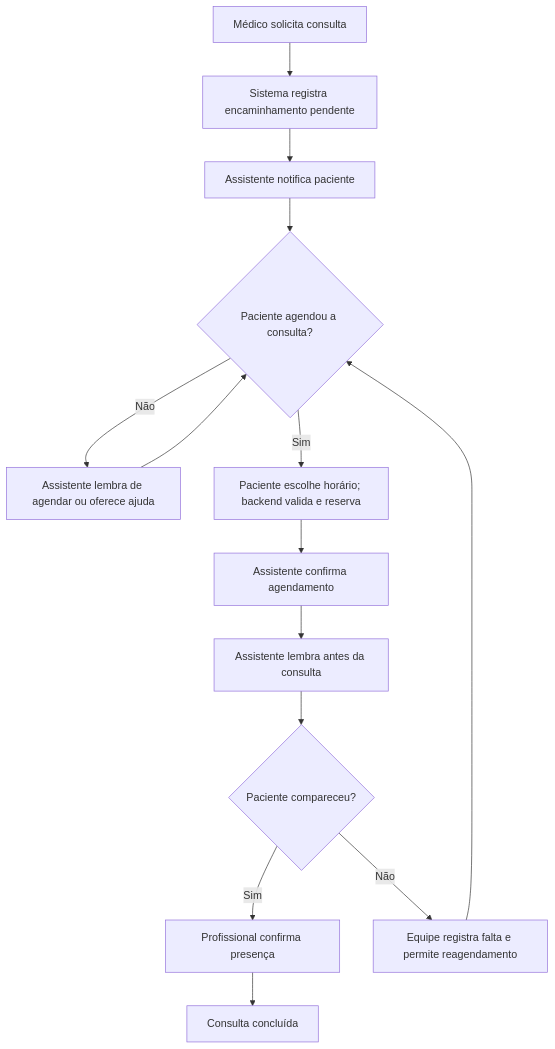
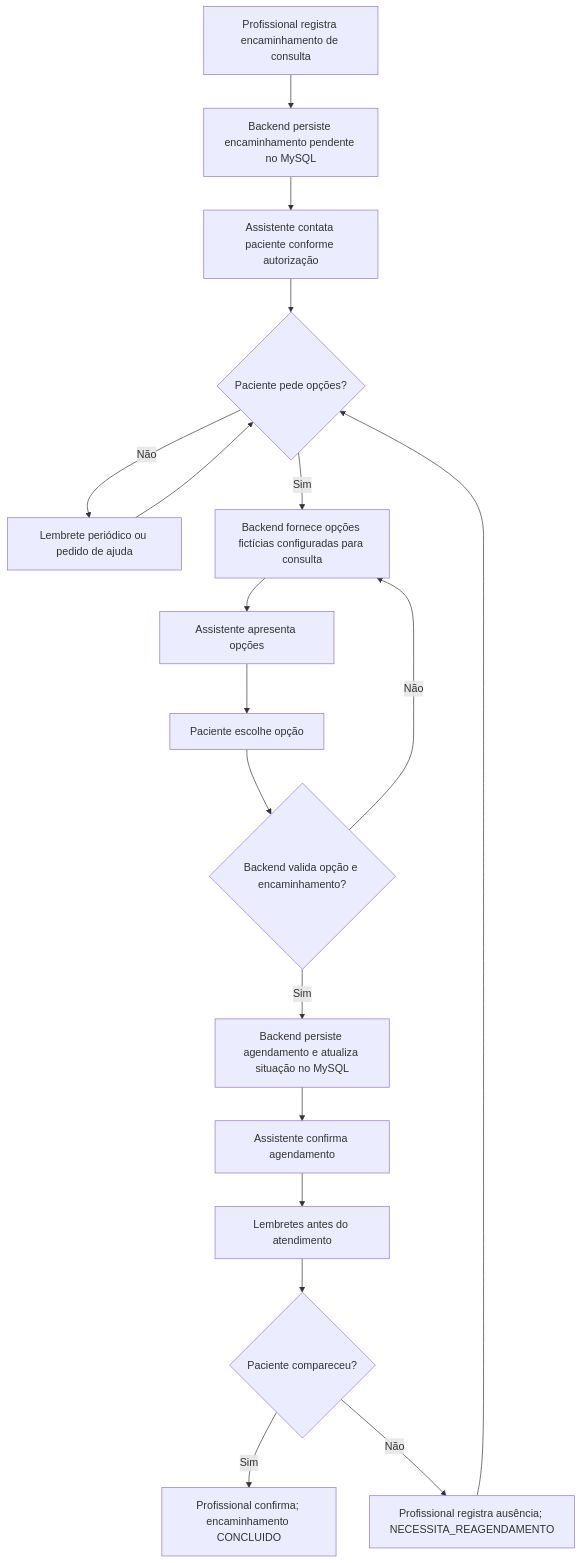
The first of 5 diagrams in docs/FLOW.md (SophiaAg/Zelo), drawn with Mermaid before and after one commit. The commit also changed other lines of this file and 6 other files, not shown here.

````diff
--- a/docs/FLOW.md
+++ b/docs/FLOW.md
@@ -7,21 +7,19 @@
 ```mermaid
 flowchart TD
-    A["Médico solicita consulta"]
-    B["Sistema registra encaminhamento pendente"]
-    C["Assistente notifica paciente"]
-    D{"Paciente agendou a consulta?"}
-    E["Assistente lembra de agendar ou oferece ajuda"]
-    F["Paciente escolhe horário; backend valida e reserva"]
-    G["Assistente confirma agendamento"]
-    H["Assistente lembra antes da consulta"]
-    I{"Paciente compareceu?"}
-    J["Profissional confirma presença"]
-    K["Consulta concluída"]
-    L["Equipe registra falta e permite reagendamento"]
-
-    A --> B --> C --> D
-    D -- Não --> E --> D
-    D -- Sim --> F --> G --> H --> I
-    I -- Sim --> J --> K
-    I -- Não --> L --> D
+    A["Profissional registra encaminhamento de consulta"] --> B["Backend persiste encaminhamento pendente no MySQL"]
+    B --> C["Assistente contata paciente conforme autorização"]
+    C --> D{"Paciente pede opções?"}
+    D -- "Não" --> E["Lembrete periódico ou pedido de ajuda"] --> D
+    D -- "Sim" --> F["Backend fornece opções fictícias configuradas para consulta"]
+    F --> G["Assistente apresenta opções"]
+    G --> H["Paciente escolhe opção"]
+    H --> I{"Backend valida opção e encaminhamento?"}
+    I -- "Não" --> F
+    I -- "Sim" --> J["Backend persiste agendamento e atualiza situação no MySQL"]
+    J --> K["Assistente confirma agendamento"]
+    K --> L["Lembretes antes do atendimento"]
+    L --> M{"Paciente compareceu?"}
+    M -- "Sim" --> N["Profissional confirma; encaminhamento CONCLUIDO"]
+    M -- "Não" --> O["Profissional registra ausência; NECESSITA_REAGENDAMENTO"]
+    O --> D
 ```
````
